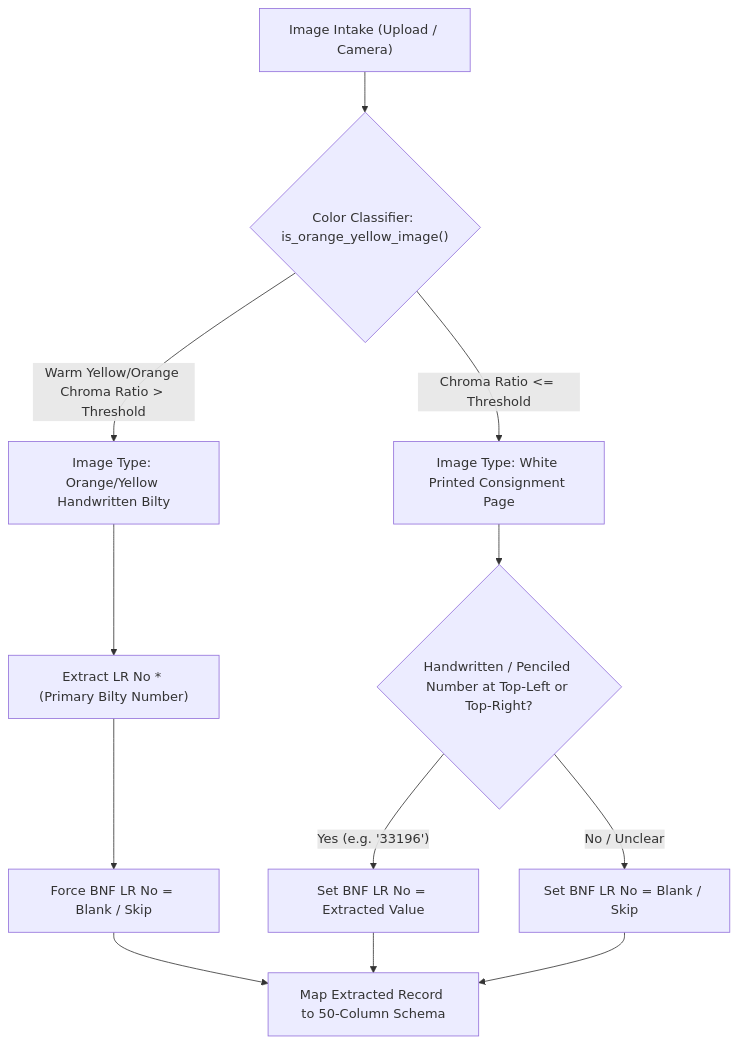
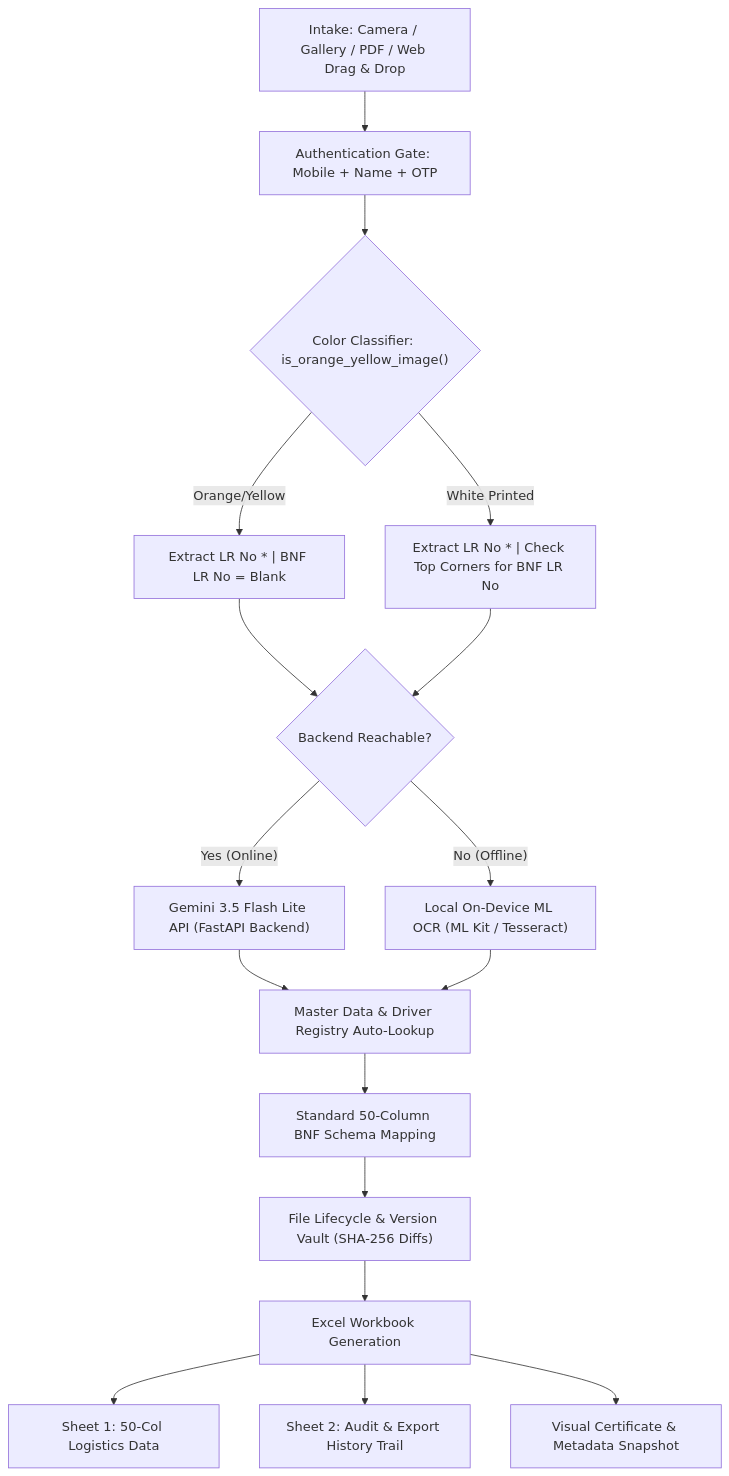
One commit to manojglobal/lr_ocr_scanner changed the diagram in docs/CONTEXT.md. Above: the diagram before and after it, drawn with Mermaid. The commit also changed other lines of this file and 13 other files, not shown here.

Commit message:
feat(backend): [1362] add Add up/down buttons to the LR PDF and remove unused text. Separate export storage into upload_LR and snapshots_excel

````diff
--- a/docs/CONTEXT.md
+++ b/docs/CONTEXT.md
@@ -165,17 +33,25 @@
 ```mermaid
 flowchart TD
-    A["Image Intake (Upload / Camera)"] --> B{"Color Classifier: is_orange_yellow_image()"}
-    B -- "Warm Yellow/Orange Chroma Ratio > Threshold" --> C["Image Type: Orange/Yellow Handwritten Bilty"]
-    B -- "Chroma Ratio <= Threshold" --> D["Image Type: White Printed Consignment Page"]
+    A["Intake: Camera / Gallery / PDF / Web Drag & Drop"] --> B["Authentication Gate: Mobile + Name + OTP"]
+    B --> C{"Color Classifier: is_orange_yellow_image()"}
     
-    C --> E["Extract LR No * (Primary Bilty Number)"]
-    E --> F["Force BNF LR No = Blank / Skip"]
+    C -- "Orange/Yellow" --> D1["Extract LR No * | BNF LR No = Blank"]
+    C -- "White Printed" --> D2["Extract LR No * | Check Top Corners for BNF LR No"]
     
-    D --> G{"Handwritten / Penciled Number at Top-Left or Top-Right?"}
-    G -- "Yes (e.g. '33196')" --> H["Set BNF LR No = Extracted Value"]
-    G -- "No / Unclear" --> I["Set BNF LR No = Blank / Skip"]
+    D1 --> E{"Backend Reachable?"}
+    D2 --> E
     
-    F --> J["Map Extracted Record to 50-Column Schema"]
-    H --> J
-    I --> J
+    E -- "Yes (Online)" --> F1["Gemini 3.5 Flash Lite API (FastAPI Backend)"]
+    E -- "No (Offline)" --> F2["Local On-Device ML OCR (ML Kit / Tesseract)"]
+    
+    F1 --> G["Master Data & Driver Registry Auto-Lookup"]
+    F2 --> G
+    
+    G --> H["Standard 50-Column BNF Schema Mapping"]
+    H --> I["File Lifecycle & Version Vault (SHA-256 Diffs)"]
+    
+    I --> J["Excel Workbook Generation"]
+    J --> K1["Sheet 1: 50-Col Logistics Data"]
+    J --> K2["Sheet 2: Audit & Export History Trail"]
+    J --> K3["Visual Certificate & Metadata Snapshot"]
 ```
````
